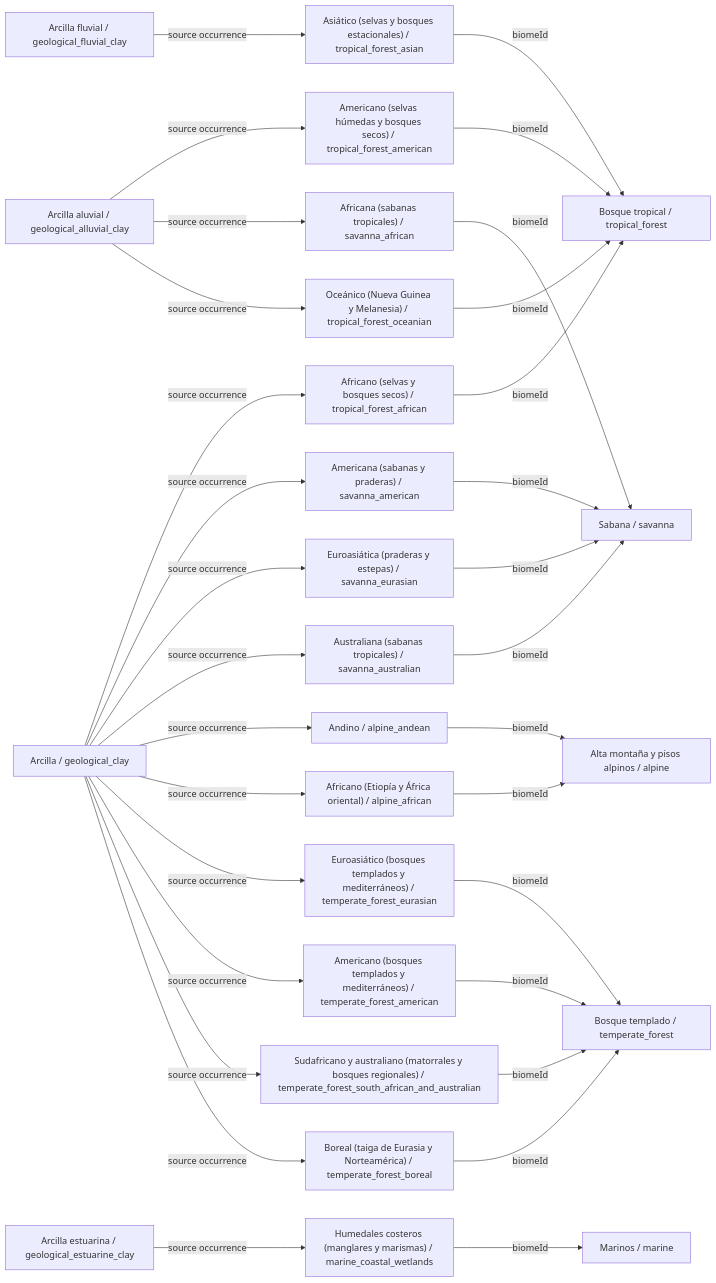
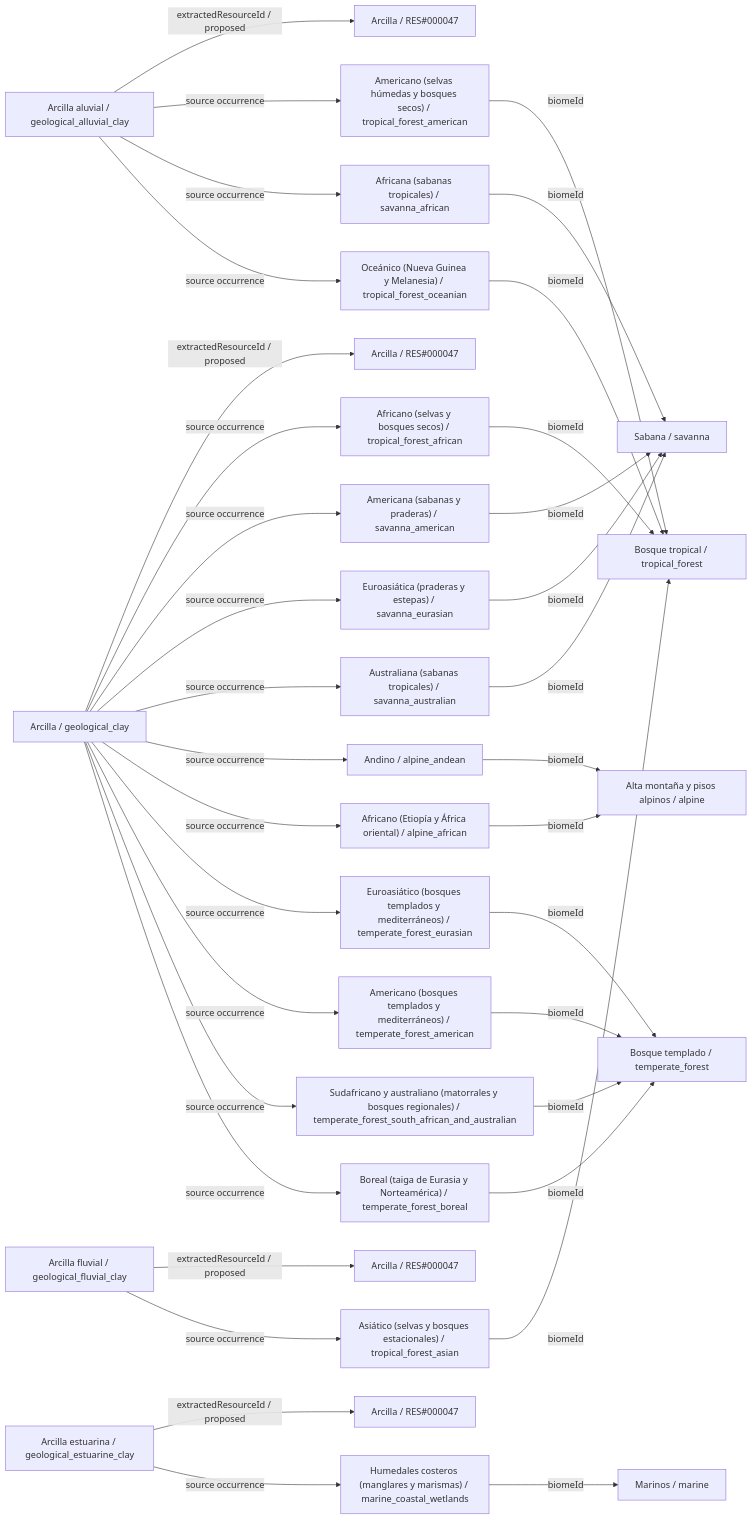
The first of 15 diagrams in data/minerals/DIAGRAMS.es.md (fgabo404/EvolveDoc), drawn with Mermaid before and after one commit. The commit also changed other lines of this file and 50 other files, not shown here.

````diff
--- a/data/minerals/DIAGRAMS.es.md
+++ b/data/minerals/DIAGRAMS.es.md
@@ -77,57 +77,65 @@
 ```mermaid
 flowchart LR
     c0["Arcilla / geological_clay"]
     v1["Africano (selvas y bosques secos) / tropical_forest_african"]
     b0["Bosque tropical / tropical_forest"]
     v4["Euroasiático (bosques templados y mediterráneos) / temperate_forest_eurasian"]
     b1["Bosque templado / temperate_forest"]
     v5["Americano (bosques templados y mediterráneos) / temperate_forest_american"]
     v6["Sudafricano y australiano (matorrales y bosques regionales) / temperate_forest_south_african_and_australian"]
     v7["Boreal (taiga de Eurasia y Norteamérica) / temperate_forest_boreal"]
     v12["Americana (sabanas y praderas) / savanna_american"]
     b3["Sabana / savanna"]
     v13["Euroasiática (praderas y estepas) / savanna_eurasian"]
     v14["Australiana (sabanas tropicales) / savanna_australian"]
     v23["Andino / alpine_andean"]
     b6["Alta montaña y pisos alpinos / alpine"]
     v26["Africano (Etiopía y África oriental) / alpine_african"]
+    r0["Arcilla / RES#000047"]
     c1["Arcilla aluvial / geological_alluvial_clay"]
     v0["Americano (selvas húmedas y bosques secos) / tropical_forest_american"]
     v3["Oceánico (Nueva Guinea y Melanesia) / tropical_forest_oceanian"]
     v11["Africana (sabanas tropicales) / savanna_african"]
+    r1["Arcilla / RES#000047"]
     c2["Arcilla estuarina / geological_estuarine_clay"]
     v22["Humedales costeros (manglares y marismas) / marine_coastal_wetlands"]
     b5["Marinos / marine"]
+    r2["Arcilla / RES#000047"]
     c3["Arcilla fluvial / geological_fluvial_clay"]
     v2["Asiático (selvas y bosques estacionales) / tropical_forest_asian"]
+    r3["Arcilla / RES#000047"]
+    c0 -->|extractedResourceId / proposed| r0
     c0 -->|source occurrence| v1
     c0 -->|source occurrence| v12
     c0 -->|source occurrence| v13
     c0 -->|source occurrence| v14
     c0 -->|source occurrence| v23
     c0 -->|source occurrence| v26
     c0 -->|source occurrence| v4
     c0 -->|source occurrence| v5
     c0 -->|source occurrence| v6
     c0 -->|source occurrence| v7
+    c1 -->|extractedResourceId / proposed| r1
     c1 -->|source occurrence| v0
     c1 -->|source occurrence| v11
     c1 -->|source occurrence| v3
+    c2 -->|extractedResourceId / proposed| r2
     c2 -->|source occurrence| v22
+    c3 -->|extractedResourceId / proposed| r3
     c3 -->|source occurrence| v2
     v0 -->|biomeId| b0
     v1 -->|biomeId| b0
     v11 -->|biomeId| b3
     v12 -->|biomeId| b3
     v13 -->|biomeId| b3
     v14 -->|biomeId| b3
     v2 -->|biomeId| b0
     v22 -->|biomeId| b5
     v23 -->|biomeId| b6
     v26 -->|biomeId| b6
     v3 -->|biomeId| b0
     v4 -->|biomeId| b1
     v5 -->|biomeId| b1
     v6 -->|biomeId| b1
     v7 -->|biomeId| b1
 ```
````
